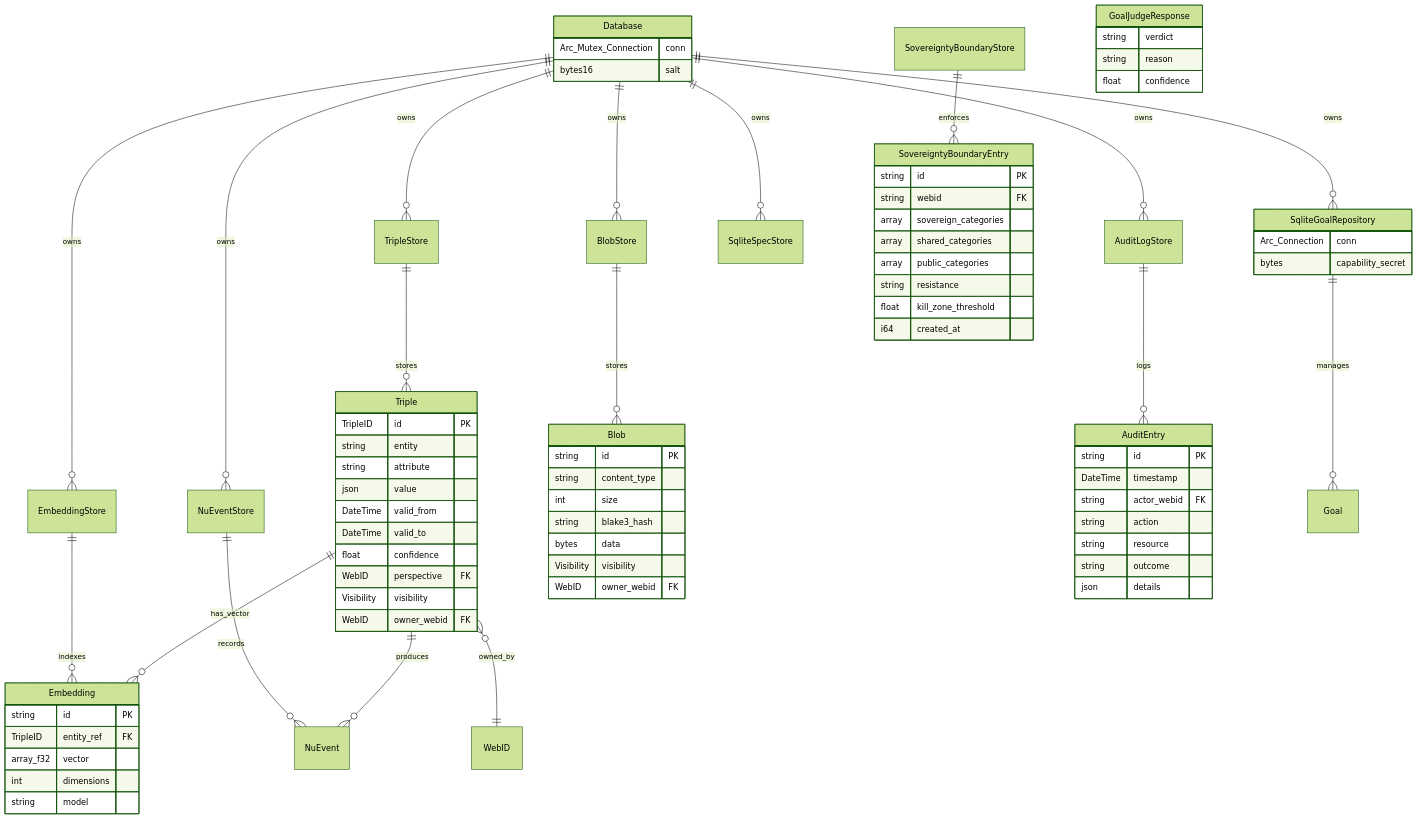
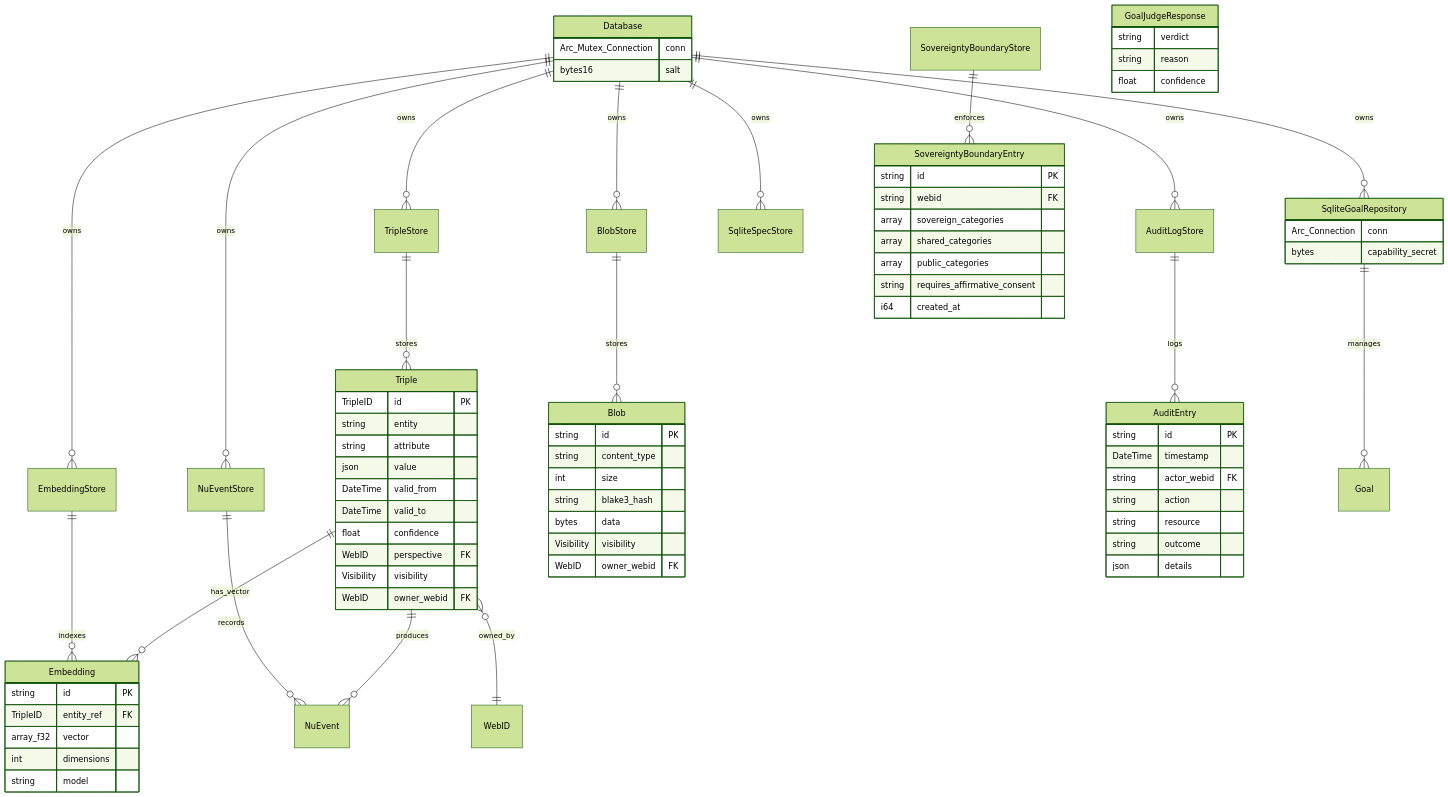
Before and after one commit to mdz-axo/hKask: the eighth of 12 diagrams in docs/architecture/reference/subsystem-erds.md, drawn with Mermaid (forest theme). The commit also changed other lines of this file and 14 other files, not shown here.

```diff
--- a/docs/architecture/reference/subsystem-erds.md
+++ b/docs/architecture/reference/subsystem-erds.md
@@ -781,8 +780,7 @@
         array sovereign_categories
         array shared_categories
         array public_categories
-        string resistance
-        float kill_zone_threshold
+        string requires_affirmative_consent
         i64 created_at
     }
 
```
